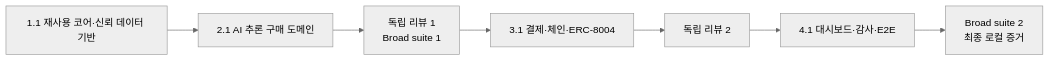
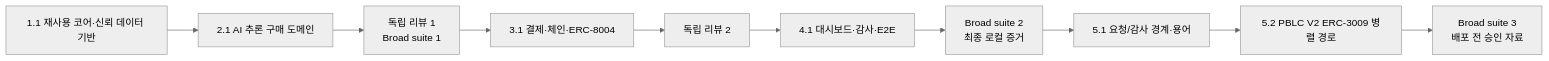
Before and after one commit to codenameVien/ai-agent-payment-audit: the diagram in aidlc-docs/inception/tasks.md, drawn with Mermaid (neutral theme). The commit also changed other lines of this file and 5 other files, not shown here.

````diff
--- a/aidlc-docs/inception/tasks.md
+++ b/aidlc-docs/inception/tasks.md
@@ -31,9 +33,12 @@
 ```mermaid
 flowchart LR
   P1["1.1 재사용 코어·신뢰 데이터 기반"] --> P2["2.1 AI 추론 구매 도메인"]
   P2 --> R1["독립 리뷰 1<br/>Broad suite 1"]
   R1 --> P3["3.1 결제·체인·ERC-8004"]
   P3 --> R2["독립 리뷰 2"]
   R2 --> P4["4.1 대시보드·감사·E2E"]
   P4 --> B2["Broad suite 2<br/>최종 로컬 증거"]
+  B2 --> P5["5.1 요청/감사 경계·용어"]
+  P5 --> P6["5.2 PBLC V2 ERC-3009 병렬 경로"]
+  P6 --> B3["Broad suite 3<br/>배포 전 승인 자료"]
 ```
````
